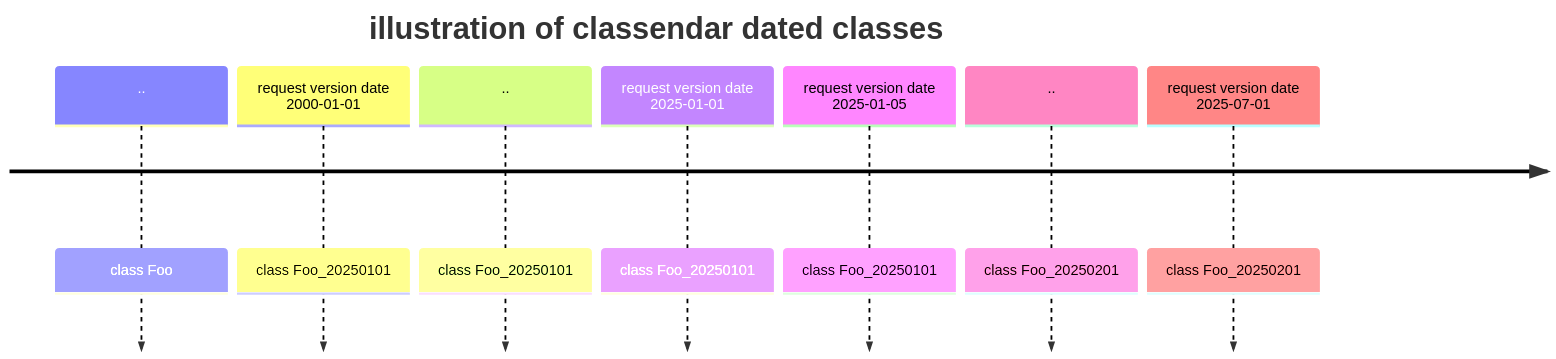
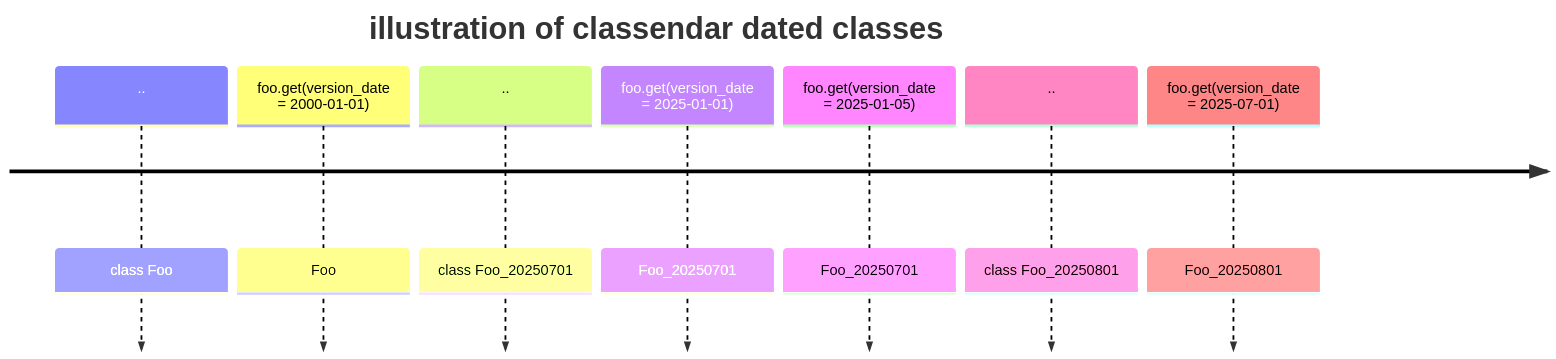
Before and after one commit to jackxxu/classendar: the diagram in README.md, drawn with Mermaid. The commit also changed other lines of this file, not shown here.

````diff
--- a/README.md
+++ b/README.md
@@ -16,11 +16,11 @@
 ```mermaid
 timeline
     title illustration of classendar dated classes
     ..                     : class Foo
-    request version date 2000-01-01 : class Foo_20250101
-    ..                    : class Foo_20250101
-    request version date 2025-01-01 : class Foo_20250101
-    request version date 2025-01-05 : class Foo_20250101
-    .. : class Foo_20250201
-    request version date 2025-07-01 : class Foo_20250201
+    foo.get(version_date = 2000-01-01) : Foo
+    ..                    : class Foo_20250701
+    foo.get(version_date = 2025-01-01) : Foo_20250701
+    foo.get(version_date = 2025-01-05) : Foo_20250701
+    .. : class Foo_20250801
+    foo.get(version_date = 2025-07-01) : Foo_20250801
 ```
````
